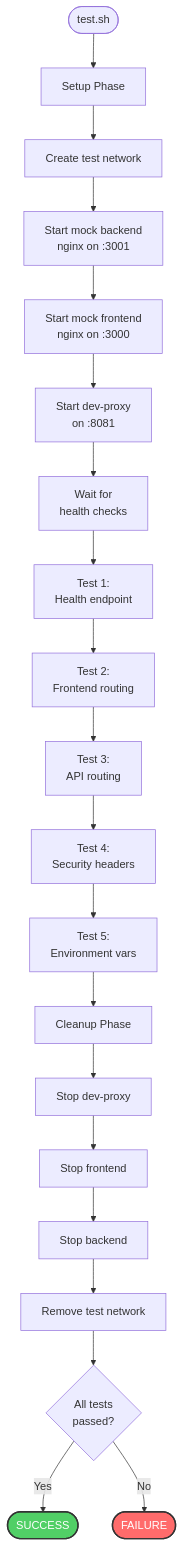
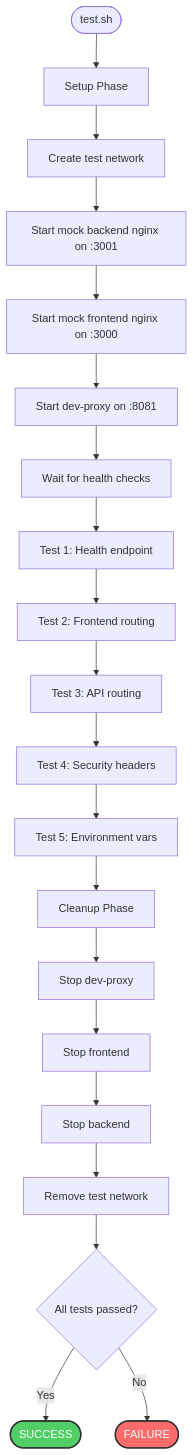
The sixth of 16 diagrams in wiki/Build-Process.md (softwarewrighter/dev-proxy), drawn with Mermaid before and after one commit. The commit also changed other lines of this file and 6 other files, not shown here.

First line of the commit message:
Fix wiki Mermaid diagrams: remove <br/> tags

````diff
--- a/wiki/Build-Process.md
+++ b/wiki/Build-Process.md
@@ -259,31 +259,31 @@
 ```mermaid
 graph TB
     Start([test.sh]) --> Setup[Setup Phase]
 
     Setup --> CreateNetwork[Create test network]
-    CreateNetwork --> StartBackend[Start mock backend<br/>nginx on :3001]
-    StartBackend --> StartFrontend[Start mock frontend<br/>nginx on :3000]
-    StartFrontend --> StartProxy[Start dev-proxy<br/>on :8081]
+    CreateNetwork --> StartBackend[Start mock backend nginx on :3001]
+    StartBackend --> StartFrontend[Start mock frontend nginx on :3000]
+    StartFrontend --> StartProxy[Start dev-proxy on :8081]
 
-    StartProxy --> WaitHealthy[Wait for<br/>health checks]
+    StartProxy --> WaitHealthy[Wait for health checks]
 
-    WaitHealthy --> Test1[Test 1:<br/>Health endpoint]
-    Test1 --> Test2[Test 2:<br/>Frontend routing]
-    Test2 --> Test3[Test 3:<br/>API routing]
-    Test3 --> Test4[Test 4:<br/>Security headers]
-    Test4 --> Test5[Test 5:<br/>Environment vars]
+    WaitHealthy --> Test1[Test 1: Health endpoint]
+    Test1 --> Test2[Test 2: Frontend routing]
+    Test2 --> Test3[Test 3: API routing]
+    Test3 --> Test4[Test 4: Security headers]
+    Test4 --> Test5[Test 5: Environment vars]
 
     Test5 --> Cleanup[Cleanup Phase]
 
     Cleanup --> StopProxy[Stop dev-proxy]
     StopProxy --> StopFrontend[Stop frontend]
     StopFrontend --> StopBackend[Stop backend]
     StopBackend --> RemoveNetwork[Remove test network]
 
-    RemoveNetwork --> Report{All tests<br/>passed?}
+    RemoveNetwork --> Report{All tests passed?}
     Report -->|Yes| Success([SUCCESS])
     Report -->|No| Failure([FAILURE])
 
     style Success fill:#51cf66,stroke:#333,stroke-width:2px,color:#fff
     style Failure fill:#ff6b6b,stroke:#333,stroke-width:2px,color:#fff
 ```
````
